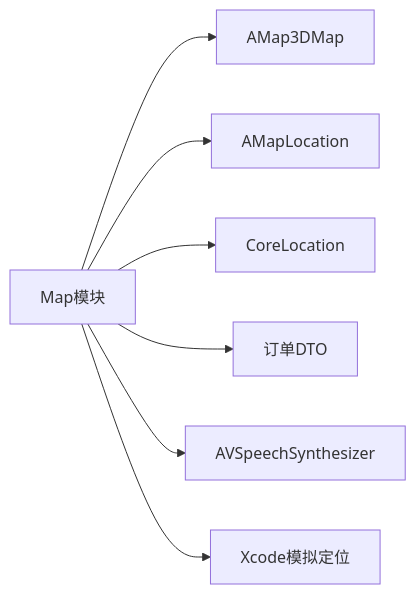
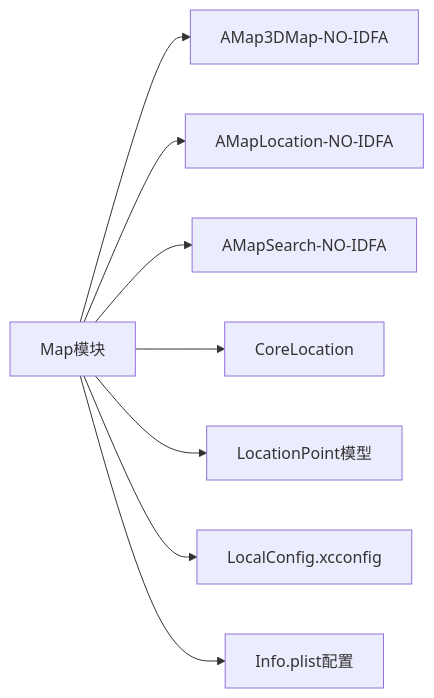
The fifth of 5 diagrams in .qoder/repowiki/zh/content/核心功能模块/地图与定位服务.md (Jayden23018/blind-run-ios), drawn with Mermaid before and after one commit. The commit also changed other lines of this file and 55 other files, not shown here.

````diff
--- a/.qoder/repowiki/zh/content/核心功能模块/地图与定位服务.md
+++ b/.qoder/repowiki/zh/content/核心功能模块/地图与定位服务.md
@@ -368,9 +283,10 @@
 ```mermaid
 graph LR
-Map["Map模块"] --> AMap3D["AMap3DMap"]
-Map --> AMapLoc["AMapLocation"]
+Map["Map模块"] --> AMap3D["AMap3DMap-NO-IDFA"]
+Map --> AMapLoc["AMapLocation-NO-IDFA"]
+Map --> AMapSearch["AMapSearch-NO-IDFA"]
 Map --> CL["CoreLocation"]
-Map --> DTO["订单DTO"]
-Map --> TTS["AVSpeechSynthesizer"]
-Map --> Sim["Xcode模拟定位"]
+Map --> DTO["LocationPoint模型"]
+Map --> XCConfig["LocalConfig.xcconfig"]
+Map --> InfoPlist["Info.plist配置"]
 ```
````
